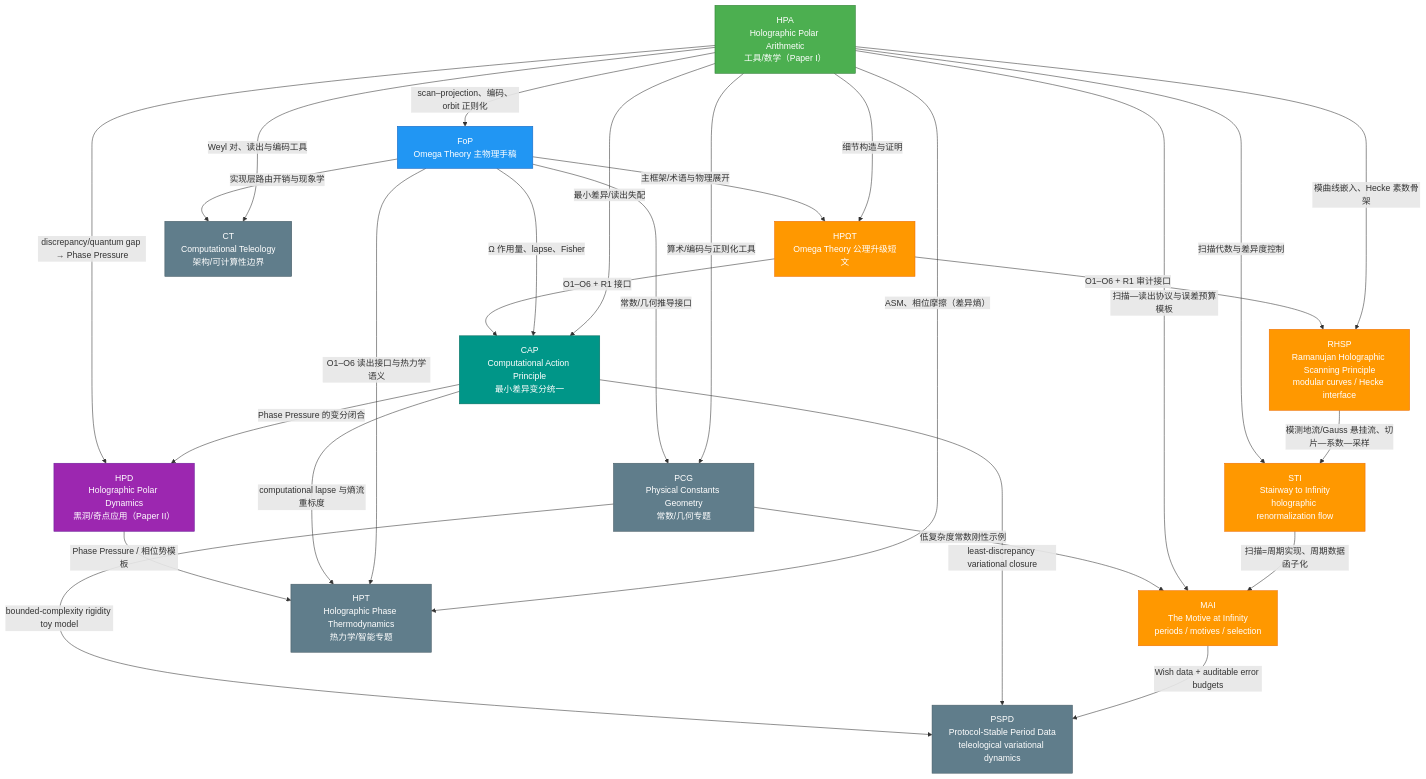
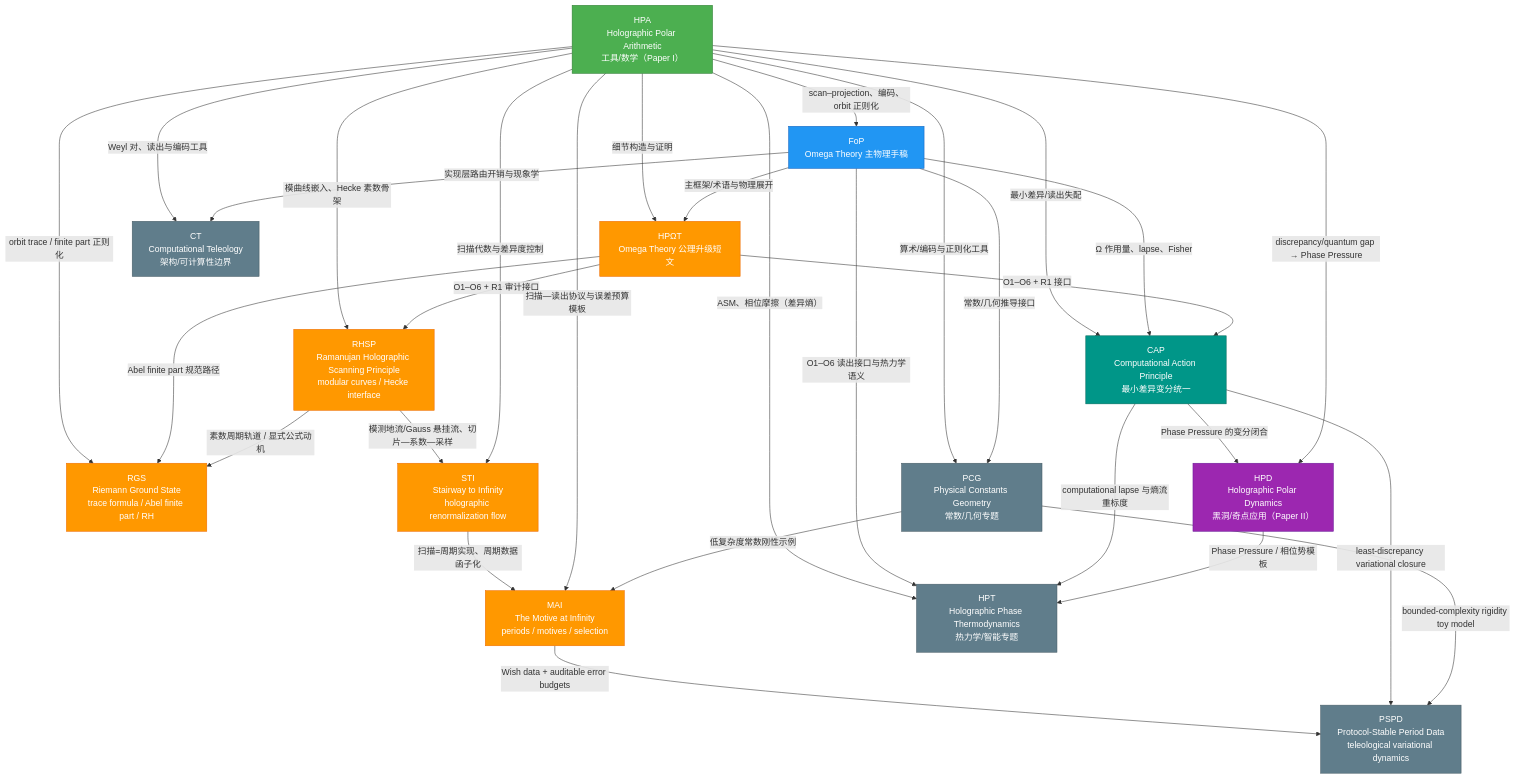
The diagram in docs/papers/index.md (loning/the-omega), drawn with Mermaid before and after one commit. The commit also changed other lines of this file and 22 other files, not shown here.

````diff
--- a/docs/papers/index.md
+++ b/docs/papers/index.md
@@ -26,62 +27,67 @@
 ```mermaid
 flowchart TB
   HPA["HPA<br/>Holographic Polar Arithmetic<br/>工具/数学（Paper I）"]
   FoP["FoP<br/>Omega Theory 主物理手稿"]
   HPOT["HPΩT<br/>Omega Theory 公理升级短文"]
   RHSP["RHSP<br/>Ramanujan Holographic Scanning Principle<br/>modular curves / Hecke interface"]
+  RGS["RGS<br/>Riemann Ground State<br/>trace formula / Abel finite part / RH"]
   STI["STI<br/>Stairway to Infinity<br/>holographic renormalization flow"]
   MAI["MAI<br/>The Motive at Infinity<br/>periods / motives / selection"]
   PSPD["PSPD<br/>Protocol-Stable Period Data<br/>teleological variational dynamics"]
   CAP["CAP<br/>Computational Action Principle<br/>最小差异变分统一"]
   HPT["HPT<br/>Holographic Phase Thermodynamics<br/>热力学/智能专题"]
   HPD["HPD<br/>Holographic Polar Dynamics<br/>黑洞/奇点应用（Paper II）"]
   PCG["PCG<br/>Physical Constants Geometry<br/>常数/几何专题"]
   CT["CT<br/>Computational Teleology<br/>架构/可计算性边界"]
 
   HPA -->|"scan–projection、编码、orbit 正则化"| FoP
   HPA -->|"细节构造与证明"| HPOT
   FoP -->|"主框架/术语与物理展开"| HPOT
   HPA -->|"模曲线嵌入、Hecke 素数骨架"| RHSP
   HPOT -->|"O1–O6 + R1 审计接口"| RHSP
+  HPA -->|"orbit trace / finite part 正则化"| RGS
+  HPOT -->|"Abel finite part 规范路径"| RGS
+  RHSP -->|"素数周期轨道 / 显式公式动机"| RGS
   RHSP -->|"模测地流/Gauss 悬挂流、切片—系数—采样"| STI
   HPA -->|"扫描代数与差异度控制"| STI
   STI -->|"扫描=周期实现、周期数据函子化"| MAI
   HPA -->|"扫描—读出协议与误差预算模板"| MAI
   PCG -->|"低复杂度常数刚性示例"| MAI
   MAI -->|"Wish data + auditable error budgets"| PSPD
   CAP -->|"least-discrepancy variational closure"| PSPD
   PCG -->|"bounded-complexity rigidity toy model"| PSPD
   HPA -->|"最小差异/读出失配"| CAP
   FoP -->|"Ω 作用量、lapse、Fisher"| CAP
   HPOT -->|"O1–O6 + R1 接口"| CAP
   HPA -->|"ASM、相位摩擦（差异熵）"| HPT
   FoP -->|"O1–O6 读出接口与热力学语义"| HPT
   CAP -->|"computational lapse 与熵流重标度"| HPT
   HPD -->|"Phase Pressure / 相位势模板"| HPT
   CAP -->|"Phase Pressure 的变分闭合"| HPD
   HPA -->|"discrepancy/quantum gap → Phase Pressure"| HPD
   HPA -->|"Weyl 对、读出与编码工具"| CT
   FoP -->|"实现层路由开销与现象学"| CT
   HPA -->|"算术/编码与正则化工具"| PCG
   FoP -->|"常数/几何推导接口"| PCG
 
   classDef tool fill:#4CAF50,stroke:#2E7D32,color:#FFFFFF;
   classDef core fill:#2196F3,stroke:#1565C0,color:#FFFFFF;
   classDef note fill:#FF9800,stroke:#EF6C00,color:#FFFFFF;
   classDef app fill:#9C27B0,stroke:#6A1B9A,color:#FFFFFF;
   classDef unify fill:#009688,stroke:#00695C,color:#FFFFFF;
   classDef topic fill:#607D8B,stroke:#455A64,color:#FFFFFF;
 
   class HPA tool;
   class FoP core;
   class HPOT note;
   class RHSP note;
+  class RGS note;
   class STI note;
   class MAI note;
   class HPT topic;
   class HPD app;
   class CAP unify;
   class PCG topic;
   class CT topic;
   class PSPD topic;
 ```
````
